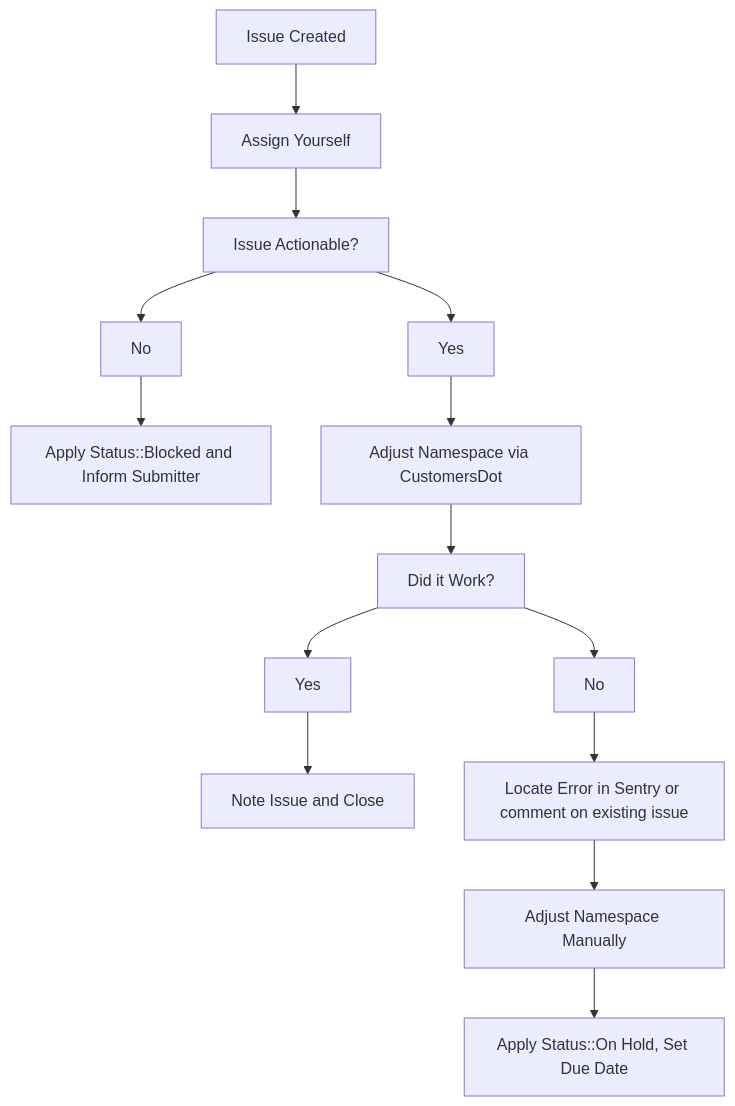
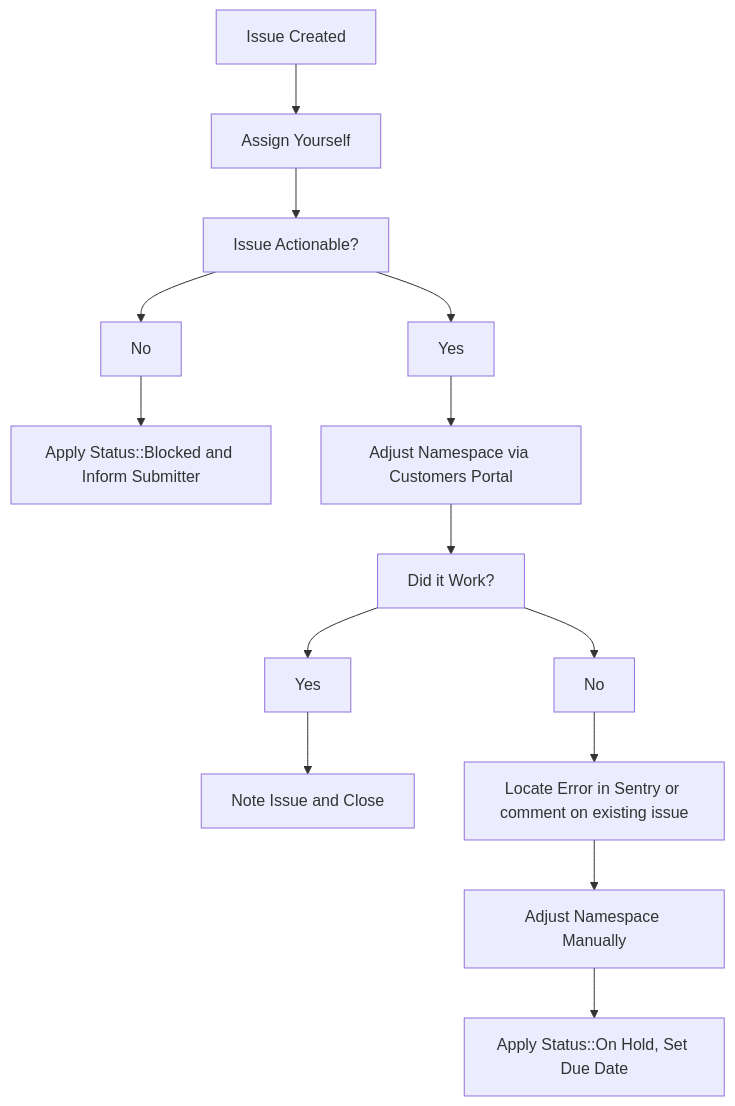
The diagram in support/license-and-renewals/workflows/saas/plan_change_requests.html.md (secretstartups/handbook), drawn with Mermaid before and after one commit. The commit also changed 1 other file, not shown here.

Commit message:
Rename CustomersDot back to portal
This is on customer-facing pages only

````diff
--- a/support/license-and-renewals/workflows/saas/plan_change_requests.html.md
+++ b/support/license-and-renewals/workflows/saas/plan_change_requests.html.md
@@ -29,17 +29,17 @@
 ```mermaid
 graph TD;
   A[Issue Created]-->B[Assign Yourself];
   B-->C[Issue Actionable?];
   C-->J[No];
   J-->K[Apply Status::Blocked and Inform Submitter];
   C-->D[Yes];
-  D-->E[Adjust Namespace via CustomersDot];
+  D-->E[Adjust Namespace via Customers Portal];
   E-->F[Did it Work?];
   F-->G[Yes];
   G-->H[Note Issue and Close];
   F-->I[No];
   I-->L[Locate Error in Sentry or comment on existing issue];
   click L "/handbook/support/workflows/500_errors.html#searching-sentry" "Diagnose Errors on GitLab.com"
   L-->M[Adjust Namespace Manually];
   M-->N[Apply Status::On Hold, Set Due Date];
 ```
````
